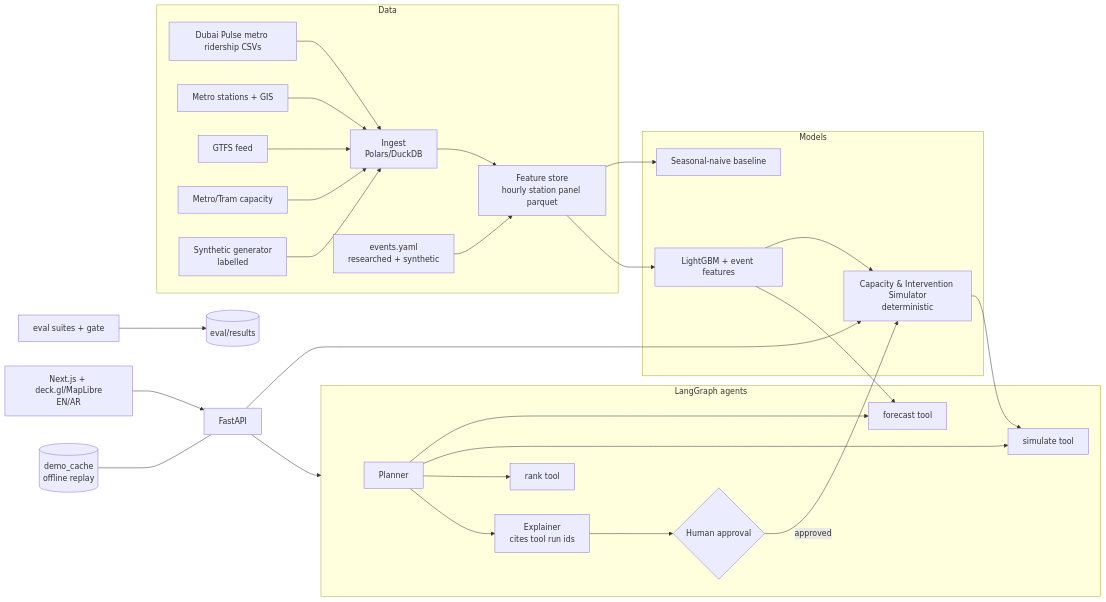
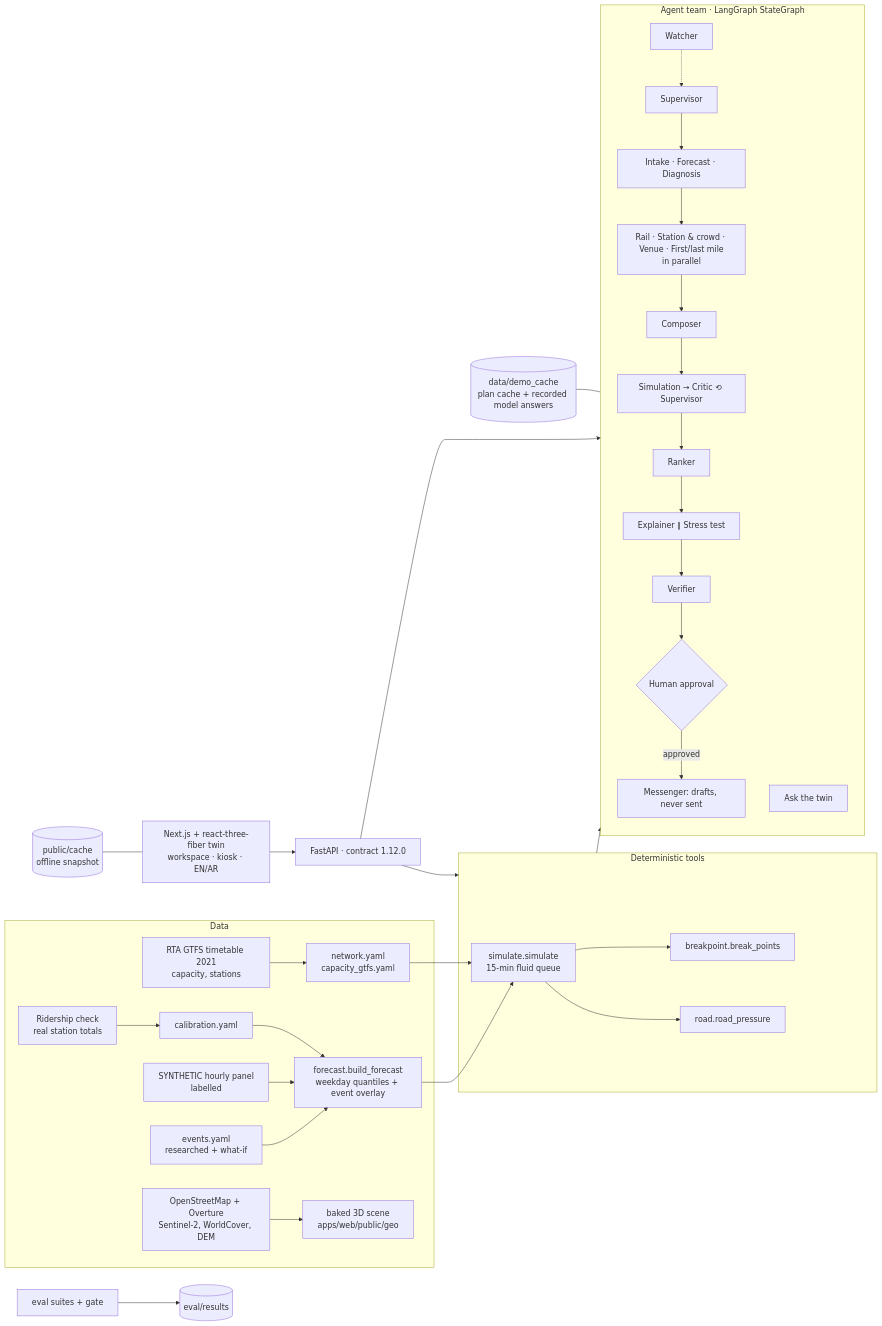
One commit to Yashpetkar7/eventflow-twin changed the diagram in docs/03_ARCHITECTURE.md. Above: the diagram before and after it, drawn with Mermaid. The commit also changed other lines of this file and 8 other files, not shown here.

First line of the commit message:
Docs for the agent team: architecture, spec, jury Q&A, runbook (#122-#125)

````diff
--- a/docs/03_ARCHITECTURE.md
+++ b/docs/03_ARCHITECTURE.md
@@ -3,32 +6,34 @@
 ```mermaid
 flowchart LR
   subgraph Data
-    A1[Dubai Pulse metro ridership CSVs] --> I[Ingest\nPolars/DuckDB]
-    A2[Metro stations + GIS] --> I
-    A3[GTFS feed] --> I
-    A4[Metro/Tram capacity] --> I
-    A5[events.yaml\nresearched + synthetic] --> F
-    A6[Synthetic generator\nlabelled] --> I
-    I --> F[Feature store\nhourly station panel parquet]
+    A1[RTA GTFS timetable 2021<br/>capacity, stations] --> N[network.yaml<br/>capacity_gtfs.yaml]
+    A2[events.yaml<br/>researched + what-if] --> FC
+    A3[SYNTHETIC hourly panel<br/>labelled] --> FC
+    A4[Ridership check<br/>real station totals] --> CAL[calibration.yaml]
+    A5[OpenStreetMap + Overture<br/>Sentinel-2, WorldCover, DEM] --> SC[baked 3D scene<br/>apps/web/public/geo]
   end
-  subgraph Models
-    F --> M1[Seasonal-naive baseline]
-    F --> M2[LightGBM + event features]
-    M2 --> S[Capacity & Intervention Simulator\ndeterministic]
+  subgraph Tools[Deterministic tools]
+    FC[forecast.build_forecast<br/>weekday quantiles + event overlay] --> SIM[simulate.simulate<br/>15-min fluid queue]
+    N --> SIM
+    CAL --> FC
+    SIM --> BP[breakpoint.break_points]
+    SIM --> RD[road.road_pressure]
   end
-  subgraph Agents[LangGraph agents]
-    P[Planner] --> T1[forecast tool]
-    P --> T2[simulate tool]
-    P --> T3[rank tool]
-    P --> X[Explainer\ncites tool run ids]
-    X --> H{Human approval}
+  subgraph Agents[Agent team · LangGraph StateGraph]
+    SUP[Supervisor] --> UND[Intake · Forecast · Diagnosis]
+    UND --> PRO[Rail · Station & crowd · Venue · First/last mile<br/>in parallel]
+    PRO --> CMP[Composer] --> TST[Simulation → Critic ⟲ Supervisor]
+    TST --> RNK[Ranker] --> EXS[Explainer ∥ Stress test] --> VER[Verifier]
+    VER --> H{Human approval}
+    W[Watcher] -.-> SUP
+    H -->|approved| MSG[Messenger: drafts, never sent]
+    ASK[Ask the twin]
   end
-  S --> T2
-  M2 --> T1
-  H -->|approved| S
-  API[FastAPI] --> Agents
-  API --> S
-  WEB[Next.js + deck.gl/MapLibre\nEN/AR] --> API
-  Cache[(demo_cache\noffline replay)] --- API
+  Tools --> Agents
+  API[FastAPI · contract 1.12.0] --> Agents
+  API --> Tools
+  WEB[Next.js + react-three-fiber twin<br/>workspace · kiosk · EN/AR] --> API
+  REC[(data/demo_cache<br/>plan cache + recorded model answers)] --- Agents
+  SNAP[(public/cache<br/>offline snapshot)] --- WEB
   E[eval suites + gate] --> R[(eval/results)]
 ```
````
